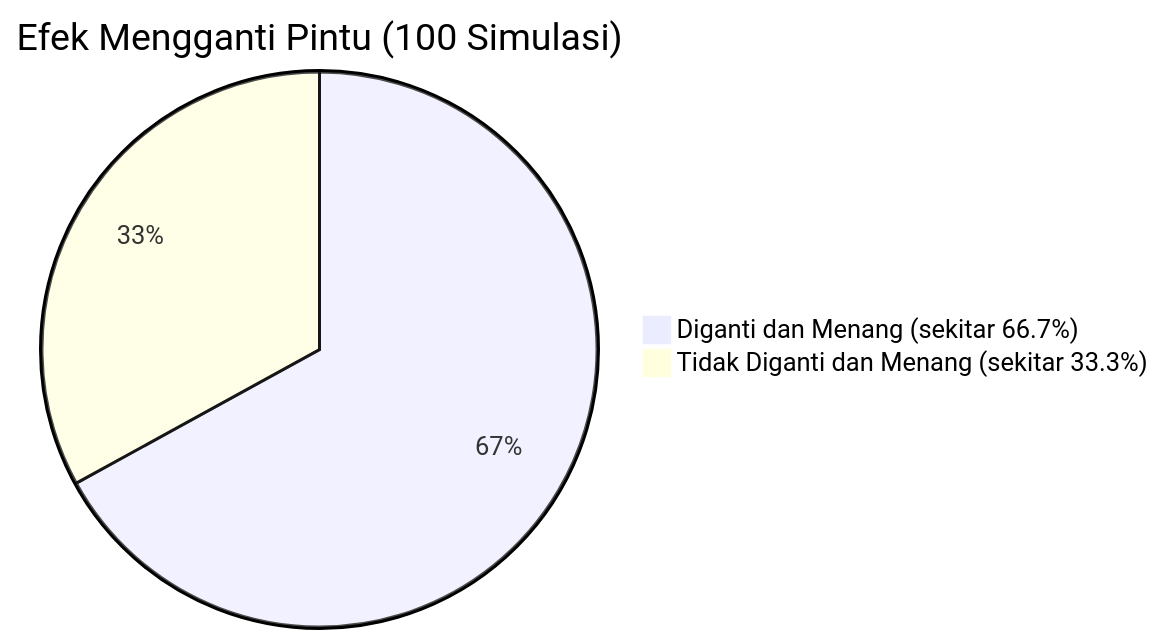
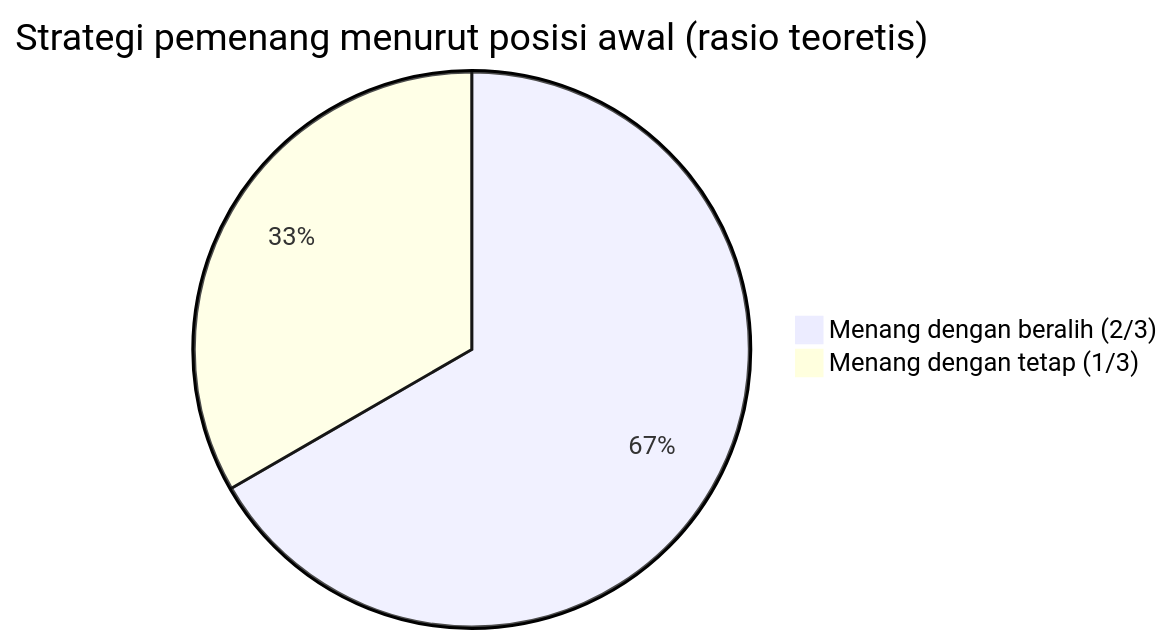
Before and after one commit to kenjinote/blog: the second of 2 diagrams in content/post/モンティ・ホール問題/index.id.md, drawn with Mermaid. The commit also changed other lines of this file and 8 other files, not shown here.

````diff
--- a/content/post/モンティ・ホール問題/index.id.md
+++ b/content/post/モンティ・ホール問題/index.id.md
@@ -161,5 +195,5 @@
 ```mermaid
-pie title Efek Mengganti Pintu (100 Simulasi)
-    "Diganti dan Menang (sekitar 66.7%)" : 67
-    "Tidak Diganti dan Menang (sekitar 33.3%)" : 33
+pie title Strategi pemenang menurut posisi awal (rasio teoretis)
+    "Menang dengan beralih (2/3)" : 2
+    "Menang dengan tetap (1/3)" : 1
 ```
````
